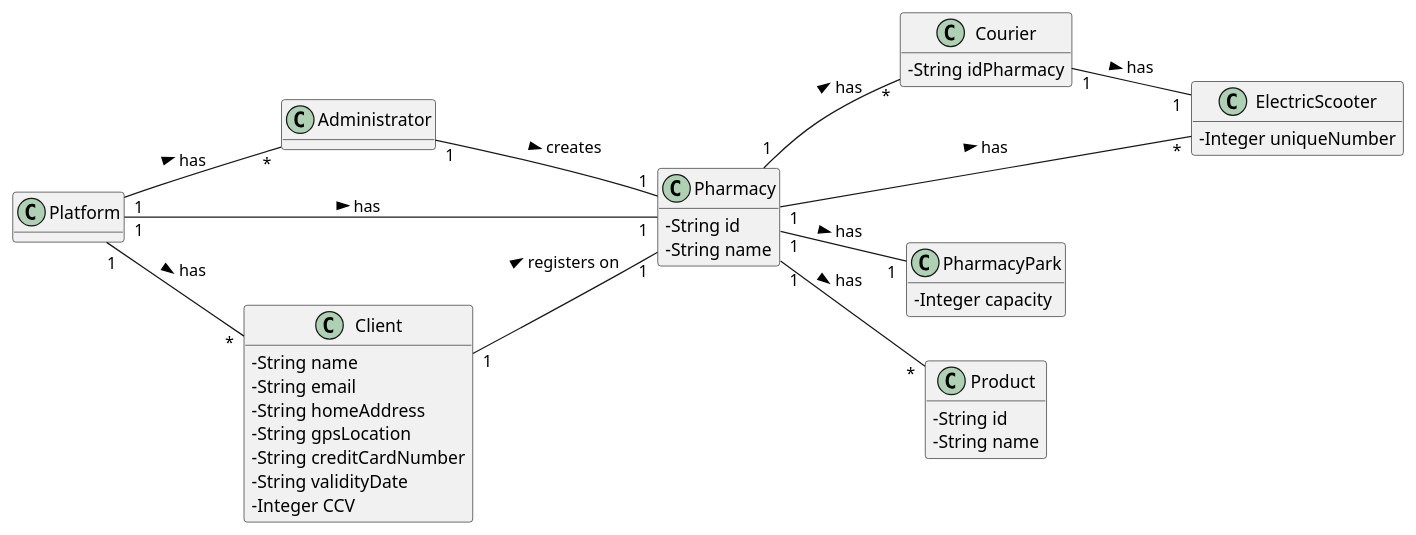
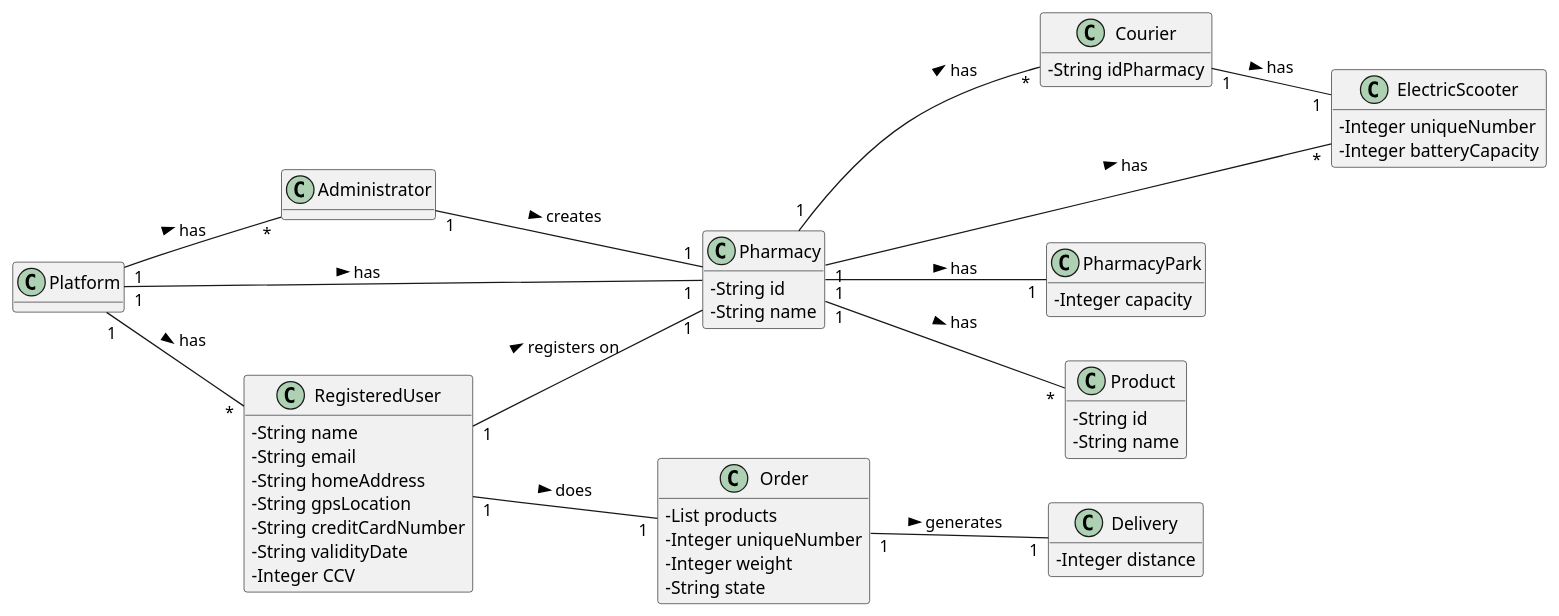
The diagram in docs/Sprint1/Sprint1_MD.puml (1191259/ProjetoLapr3), drawn with PlantUML before and after one commit.

Commit message:
MD atualizado

```diff
--- a/docs/Sprint1/Sprint1_MD.puml
+++ b/docs/Sprint1/Sprint1_MD.puml
@@ -1,73 +1,89 @@
 @startuml
 skinparam classAttributeIconSize 0
 hide methods
 left to right direction
 
 class Platform {
 
 }
 
 
 class Administrator {
 
 }
 
 class Courier {
   -String idPharmacy
 }
 
 class ElectricScooter {
   -Integer uniqueNumber
+  -Integer batteryCapacity
 
 }
 
 class Pharmacy {
   -String id
   -String name
 }
 
 class PharmacyPark {
   -Integer capacity
 
 }
 
-class Client {
+class RegisteredUser {
   -String name
   -String email
   -String homeAddress
   -String gpsLocation
   -String creditCardNumber
   -String validityDate
   -Integer CCV
 }
 
 class Product {
   -String id
   -String name
 }
 
+class Order {
+    -List products
+    -Integer uniqueNumber
+    -Integer weight
+    -String state
+}
+
+class Delivery {
+    -Integer distance
+}
+
 
 Platform "1" -- "*" Administrator : has >
 
-Platform "1" -- "*" Client : has >
+Platform "1" -- "*" RegisteredUser : has >
 
 
 Platform "1" -- "1" Pharmacy : has >
 
 Administrator "1" -- "1" Pharmacy : creates >
 
-Client "1" -- "1" Pharmacy : registers on >
+RegisteredUser "1" -- "1" Pharmacy : registers on >
+
+RegisteredUser "1" -- "1" Order : does >
+
+Order "1" -- "1" Delivery : generates >
 
 Pharmacy "1" -- "1" PharmacyPark : has >
 
 Pharmacy "1" -- "*" Courier : has >
 
 Pharmacy "1" -- "*" Product : has >
 
 Courier "1" -- "1" ElectricScooter : has >
 
 Pharmacy "1" -- "*" ElectricScooter : has >
 
 
 
 @enduml
```
